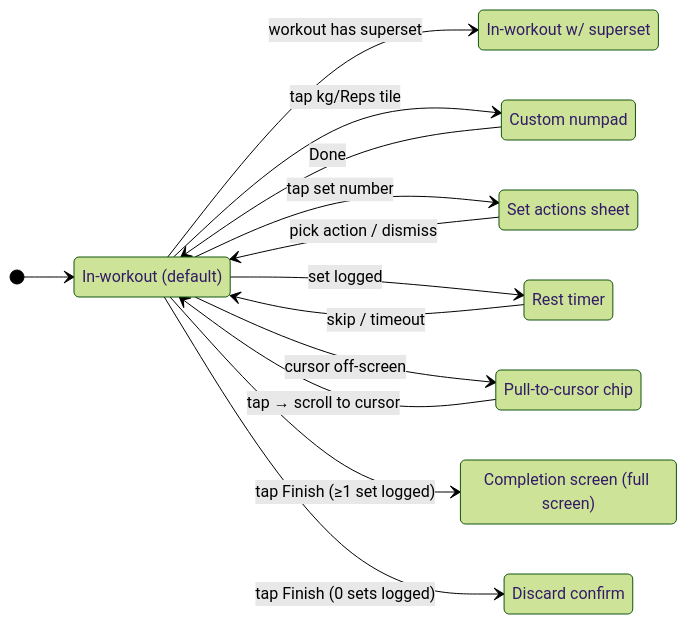
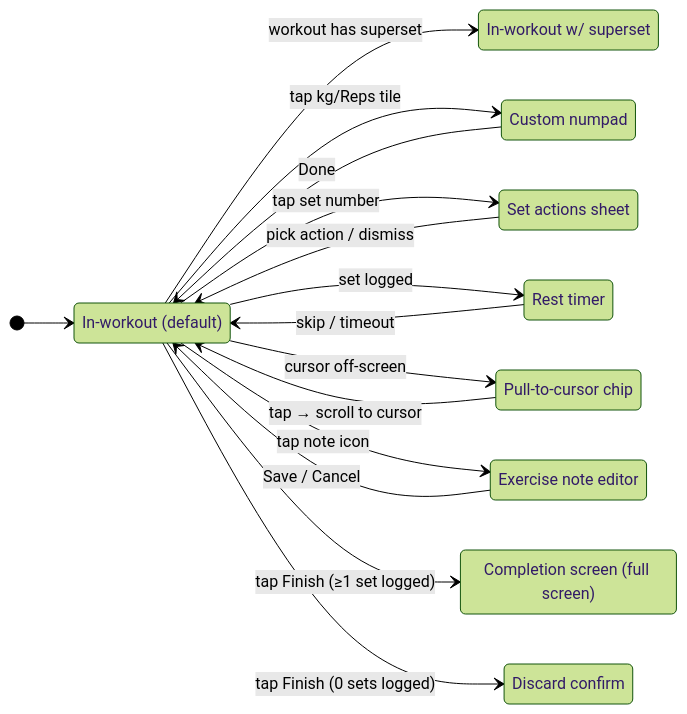
One commit to MaxKibets/kachka changed the fourth of 6 diagrams in docs/wireframes/flow.md. Above: the diagram before and after it, drawn with Mermaid (forest theme). The commit also changed other lines of this file and 5 other files, not shown here.

First line of the commit message:
docs: add exercise note editor as a form bottom sheet

````diff
--- a/docs/wireframes/flow.md
+++ b/docs/wireframes/flow.md
@@ -157,25 +166,28 @@
 ```mermaid
 stateDiagram-v2
     direction LR
     [*] --> InWorkout
     InWorkout --> InWorkoutSS: workout has superset
     InWorkout --> Numpad: tap kg/Reps tile
     InWorkout --> SetActions: tap set number
     InWorkout --> RestTimer: set logged
     InWorkout --> PullToCursor: cursor off-screen
+    InWorkout --> NoteEditor: tap note icon
     Numpad --> InWorkout: Done
     SetActions --> InWorkout: pick action / dismiss
     RestTimer --> InWorkout: skip / timeout
     PullToCursor --> InWorkout: tap → scroll to cursor
+    NoteEditor --> InWorkout: Save / Cancel
     InWorkout --> CompletionScreen: tap Finish (≥1 set logged)
     InWorkout --> ConfirmDiscard: tap Finish (0 sets logged)
 
     state "In-workout (default)" as InWorkout
     state "In-workout w/ superset" as InWorkoutSS
     state "Custom numpad" as Numpad
     state "Set actions sheet" as SetActions
     state "Rest timer" as RestTimer
     state "Pull-to-cursor chip" as PullToCursor
+    state "Exercise note editor" as NoteEditor
     state "Completion screen (full screen)" as CompletionScreen
     state "Discard confirm" as ConfirmDiscard
 ```
````
